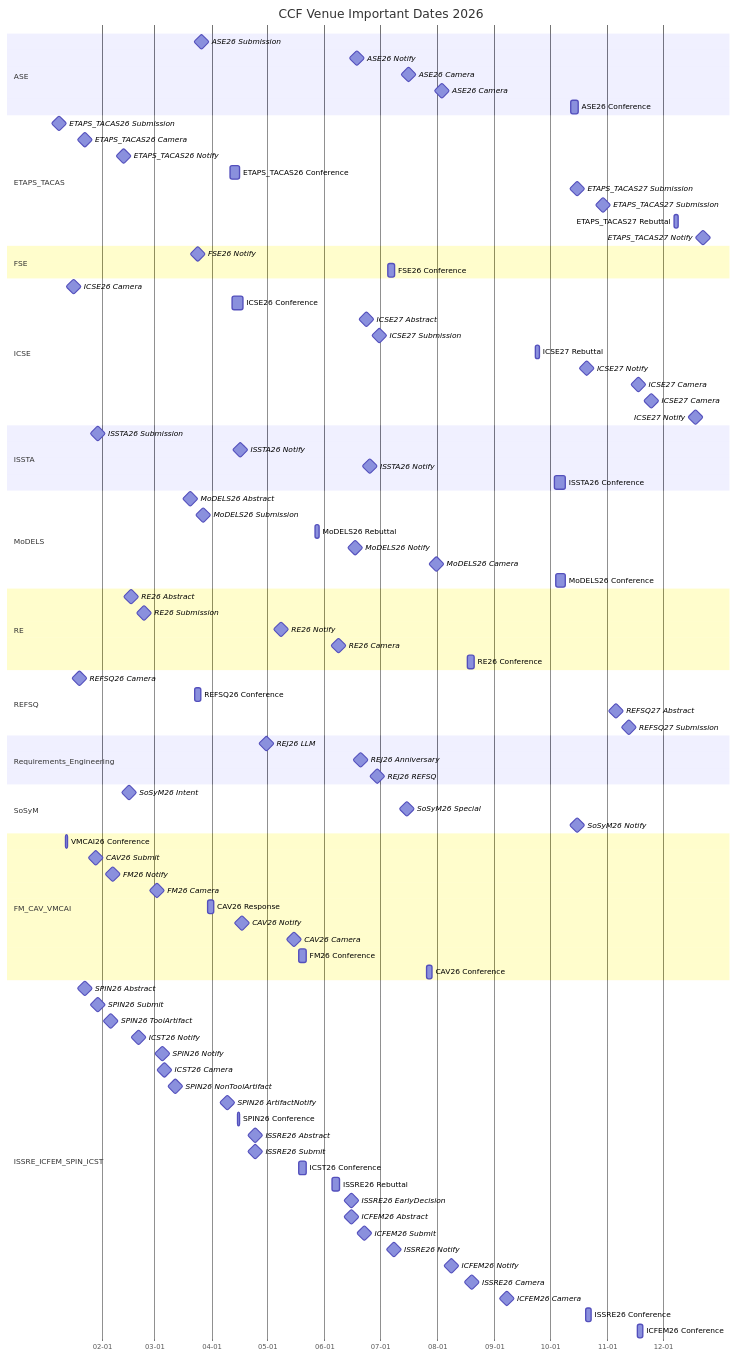
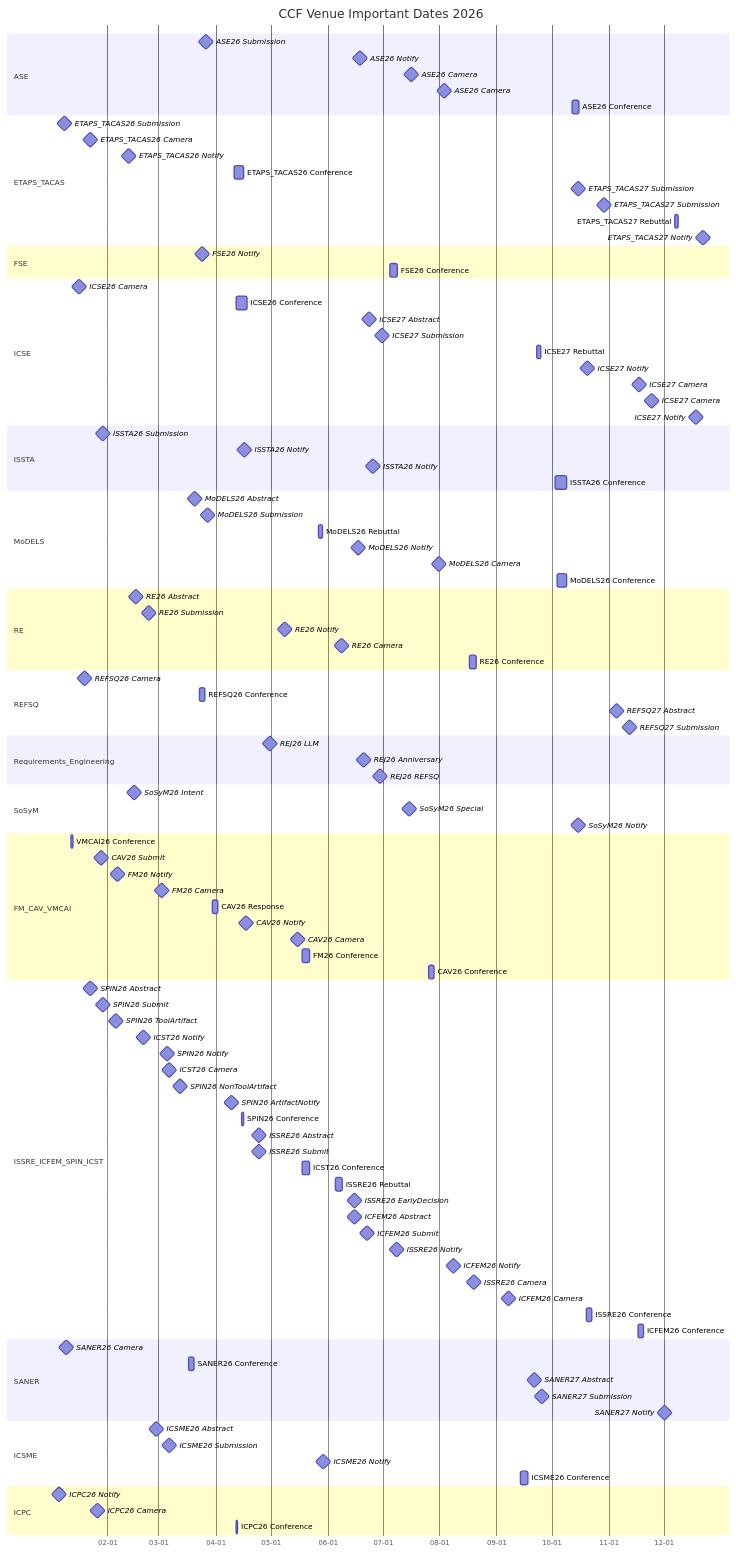
One commit to HansBug/research_ideas changed the third of 9 diagrams in ccf_venues/TIMELINE.md. Above: the diagram before and after it, drawn with Mermaid. The commit also changed other lines of this file and 36 other files, not shown here.

````diff
--- a/ccf_venues/TIMELINE.md
+++ b/ccf_venues/TIMELINE.md
@@ -368,4 +388,22 @@
   ISSRE26 Conference :issre2026_conf, 2026-10-20, 2026-10-23
   ICFEM26 Conference :icfem2026_conf, 2026-11-17, 2026-11-20
 
+  section SANER
+  SANER26 Camera :milestone, saner26_cam_20260109, 2026-01-09, 1d
+  SANER26 Conference :saner26_conf, 2026-03-17, 2026-03-20
+  SANER27 Abstract :milestone, saner27_abs_20260921, 2026-09-21, 1d
+  SANER27 Submission :milestone, saner27_sub_20260925, 2026-09-25, 1d
+  SANER27 Notify :milestone, saner27_not_20261201, 2026-12-01, 1d
+
+  section ICSME
+  ICSME26 Abstract :milestone, icsme26_abs_20260227, 2026-02-27, 1d
+  ICSME26 Submission :milestone, icsme26_sub_20260306, 2026-03-06, 1d
+  ICSME26 Notify :milestone, icsme26_not_20260529, 2026-05-29, 1d
+  ICSME26 Conference :icsme26_conf, 2026-09-14, 2026-09-18
+
+  section ICPC
+  ICPC26 Notify :milestone, icpc26_not_20260105, 2026-01-05, 1d
+  ICPC26 Camera :milestone, icpc26_cam_20260126, 2026-01-26, 1d
+  ICPC26 Conference :icpc26_conf, 2026-04-12, 2026-04-13
+
 ```
````
